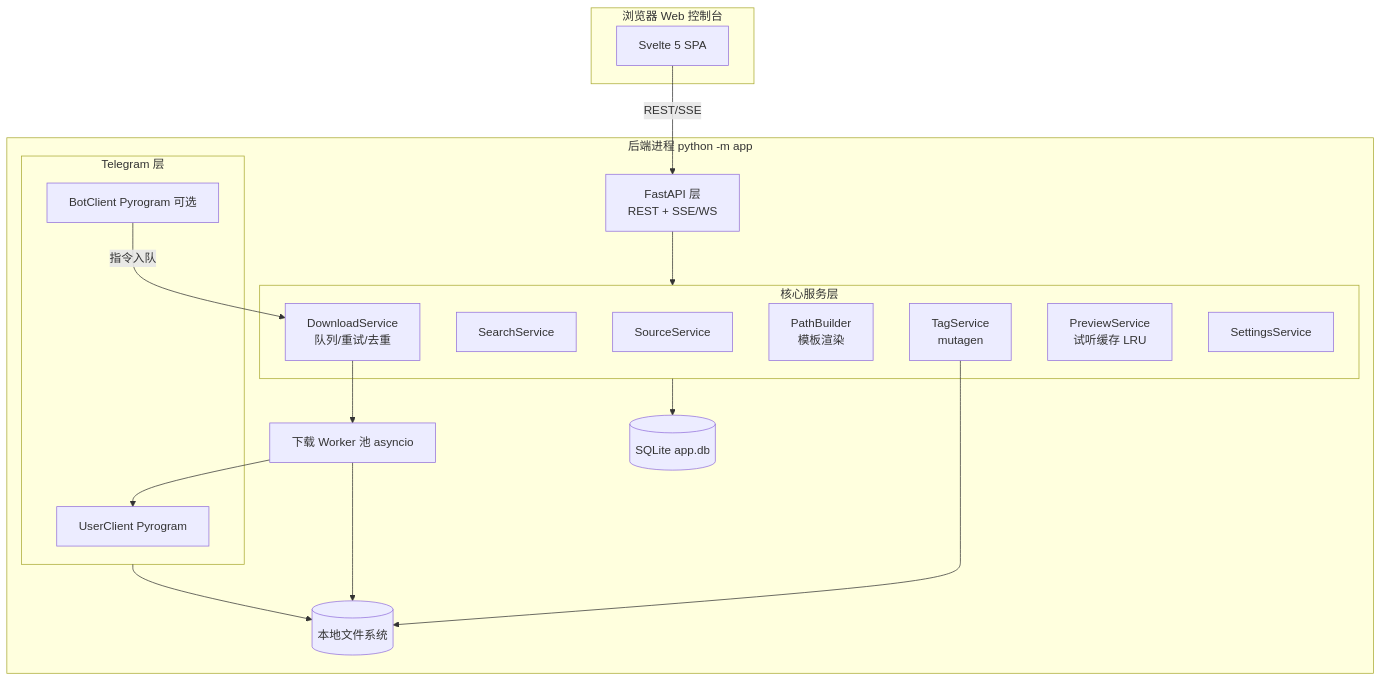
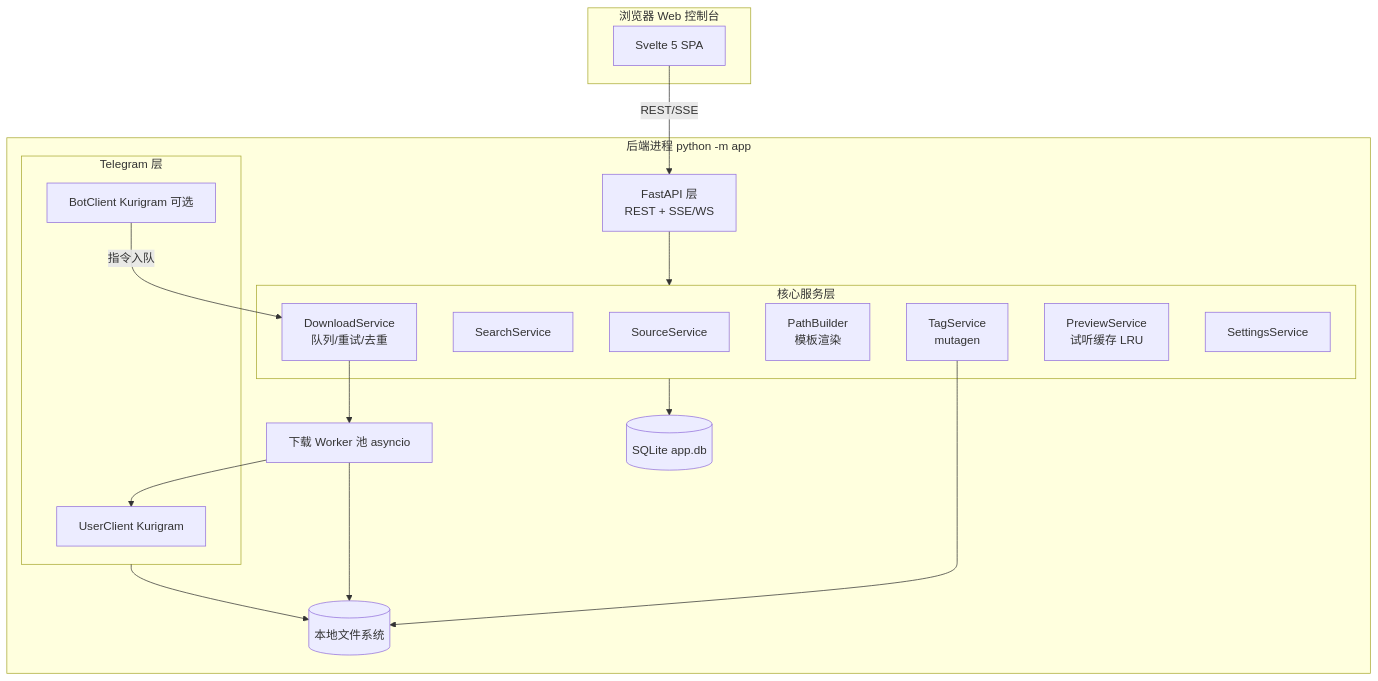
Before and after one commit to Kato358/telgram_musicdown: the diagram in docs/软件开发文档.md, drawn with Mermaid. The commit also changed other lines of this file and 19 other files, not shown here.

First line of the commit message:
refactor(deps)!: Telegram 库由 Pyrogram 换成 Kurigram——导入名仍是 pyrogram

````diff
--- a/docs/软件开发文档.md
+++ b/docs/软件开发文档.md
@@ -21,34 +21,34 @@
 ```mermaid
 flowchart TB
     subgraph Browser[浏览器 Web 控制台]
         UI[Svelte 5 SPA]
     end
     subgraph App[后端进程 python -m app]
         API[FastAPI 层\nREST + SSE/WS]
         subgraph Core[核心服务层]
             SVC_SRC[SourceService]
             SVC_SEARCH[SearchService]
             SVC_DL[DownloadService\n队列/重试/去重]
             SVC_NAME[PathBuilder\n模板渲染]
             SVC_META[TagService\nmutagen]
             SVC_PLAY[PreviewService\n试听缓存 LRU]
             SVC_CFG[SettingsService]
         end
         subgraph TG[Telegram 层]
-            UC[UserClient Pyrogram]
-            BC[BotClient Pyrogram 可选]
+            UC[UserClient Kurigram]
+            BC[BotClient Kurigram 可选]
         end
         WORKER[下载 Worker 池 asyncio]
         DB[(SQLite app.db)]
         FS[(本地文件系统)]
     end
     UI -->|REST/SSE| API
     API --> Core
     SVC_DL --> WORKER
     WORKER --> UC
     BC -->|指令入队| SVC_DL
     WORKER --> FS
     SVC_META --> FS
     Core --> DB
     TG --> FS
 ```
````
